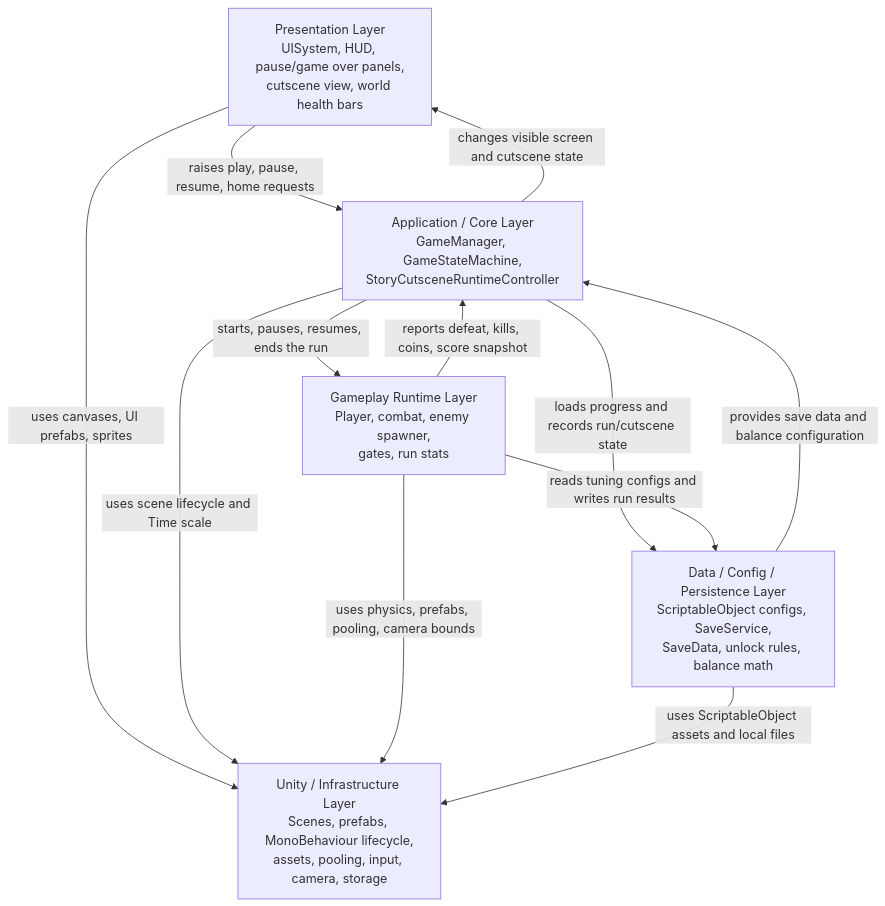
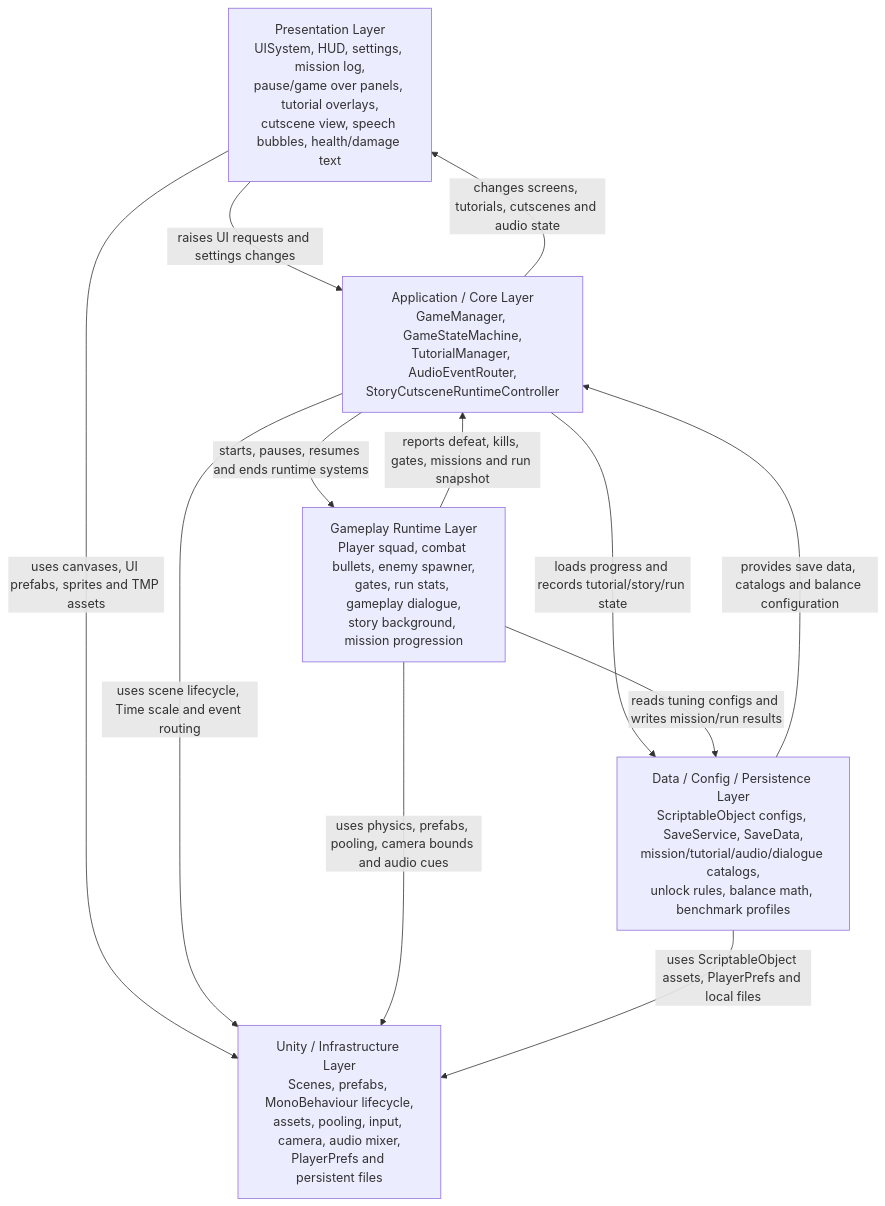
The second of 3 diagrams in Docs/Architecture_Diagrams.md (HuynhNui/Not), drawn with Mermaid before and after one commit. The commit also changed other lines of this file and 13 other files, not shown here.

````diff
--- a/Docs/Architecture_Diagrams.md
+++ b/Docs/Architecture_Diagrams.md
@@ -304,20 +458,20 @@
 ```mermaid
 flowchart TB
-    Presentation["Presentation Layer\nUISystem, HUD, pause/game over panels,\ncutscene view, world health bars"]
-    Application["Application / Core Layer\nGameManager, GameStateMachine,\nStoryCutsceneRuntimeController"]
-    Gameplay["Gameplay Runtime Layer\nPlayer, combat, enemy spawner,\ngates, run stats"]
-    Data["Data / Config / Persistence Layer\nScriptableObject configs, SaveService,\nSaveData, unlock rules, balance math"]
-    UnityInfra["Unity / Infrastructure Layer\nScenes, prefabs, MonoBehaviour lifecycle,\nassets, pooling, input, camera, storage"]
+    Presentation["Presentation Layer\nUISystem, HUD, settings, mission log,\npause/game over panels, tutorial overlays,\ncutscene view, speech bubbles, health/damage text"]
+    Application["Application / Core Layer\nGameManager, GameStateMachine,\nTutorialManager, AudioEventRouter,\nStoryCutsceneRuntimeController"]
+    Gameplay["Gameplay Runtime Layer\nPlayer squad, combat bullets, enemy spawner,\ngates, run stats, gameplay dialogue,\nstory background, mission progression"]
+    Data["Data / Config / Persistence Layer\nScriptableObject configs, SaveService, SaveData,\nmission/tutorial/audio/dialogue catalogs,\nunlock rules, balance math, benchmark profiles"]
+    UnityInfra["Unity / Infrastructure Layer\nScenes, prefabs, MonoBehaviour lifecycle,\nassets, pooling, input, camera, audio mixer,\nPlayerPrefs and persistent files"]
 
-    Presentation -->|raises play, pause, resume, home requests| Application
-    Application -->|changes visible screen and cutscene state| Presentation
-    Application -->|starts, pauses, resumes, ends the run| Gameplay
-    Gameplay -->|reports defeat, kills, coins, score snapshot| Application
-    Application -->|loads progress and records run/cutscene state| Data
-    Data -->|provides save data and balance configuration| Application
-    Gameplay -->|reads tuning configs and writes run results| Data
-    Presentation -->|uses canvases, UI prefabs, sprites| UnityInfra
-    Application -->|uses scene lifecycle and Time scale| UnityInfra
-    Gameplay -->|uses physics, prefabs, pooling, camera bounds| UnityInfra
-    Data -->|uses ScriptableObject assets and local files| UnityInfra
+    Presentation -->|raises UI requests and settings changes| Application
+    Application -->|changes screens, tutorials, cutscenes and audio state| Presentation
+    Application -->|starts, pauses, resumes and ends runtime systems| Gameplay
+    Gameplay -->|reports defeat, kills, gates, missions and run snapshot| Application
+    Application -->|loads progress and records tutorial/story/run state| Data
+    Data -->|provides save data, catalogs and balance configuration| Application
+    Gameplay -->|reads tuning configs and writes mission/run results| Data
+    Presentation -->|uses canvases, UI prefabs, sprites and TMP assets| UnityInfra
+    Application -->|uses scene lifecycle, Time scale and event routing| UnityInfra
+    Gameplay -->|uses physics, prefabs, pooling, camera bounds and audio cues| UnityInfra
+    Data -->|uses ScriptableObject assets, PlayerPrefs and local files| UnityInfra
 ```
````
